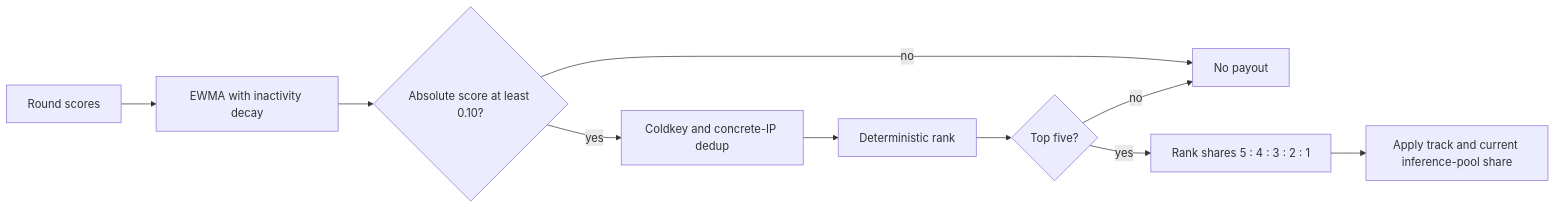
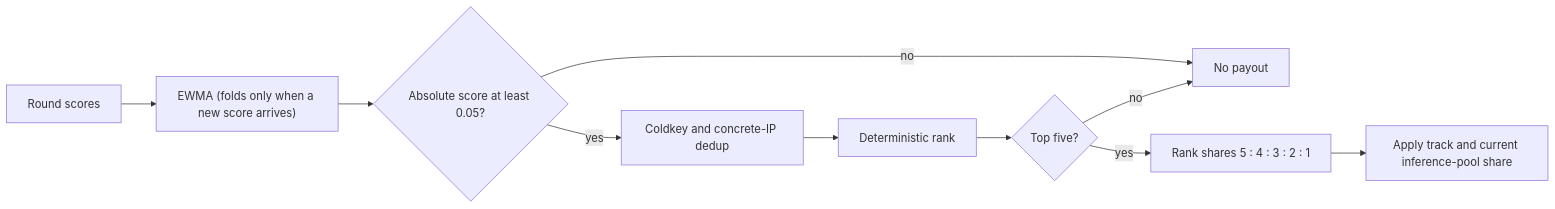
One commit to vidAio-subnet/validator-vidaio changed diagram 12 of 12 in docs/ARCHITECTURE.md. Above: the diagram before and after it, drawn with Mermaid. The commit also changed 48 other files, not shown here.

````diff
--- a/docs/ARCHITECTURE.md
+++ b/docs/ARCHITECTURE.md
@@ -693,12 +693,12 @@
 ```mermaid
 flowchart LR
-    ROUNDS["Round scores"] --> EWMA["EWMA with inactivity decay"]
-    EWMA --> FLOOR{"Absolute score at least 0.10?"}
+    ROUNDS["Round scores"] --> EWMA["EWMA (folds only when a new score arrives)"]
+    EWMA --> FLOOR{"Absolute score at least 0.05?"}
     FLOOR -->|"no"| ZERO["No payout"]
     FLOOR -->|"yes"| DEDUP["Coldkey and concrete-IP dedup"]
     DEDUP --> RANK["Deterministic rank"]
     RANK --> TOP{"Top five?"}
     TOP -->|"no"| ZERO
     TOP -->|"yes"| CURVE["Rank shares 5 : 4 : 3 : 2 : 1"]
     CURVE --> TRACK["Apply track and current inference-pool share"]
 ```
````
